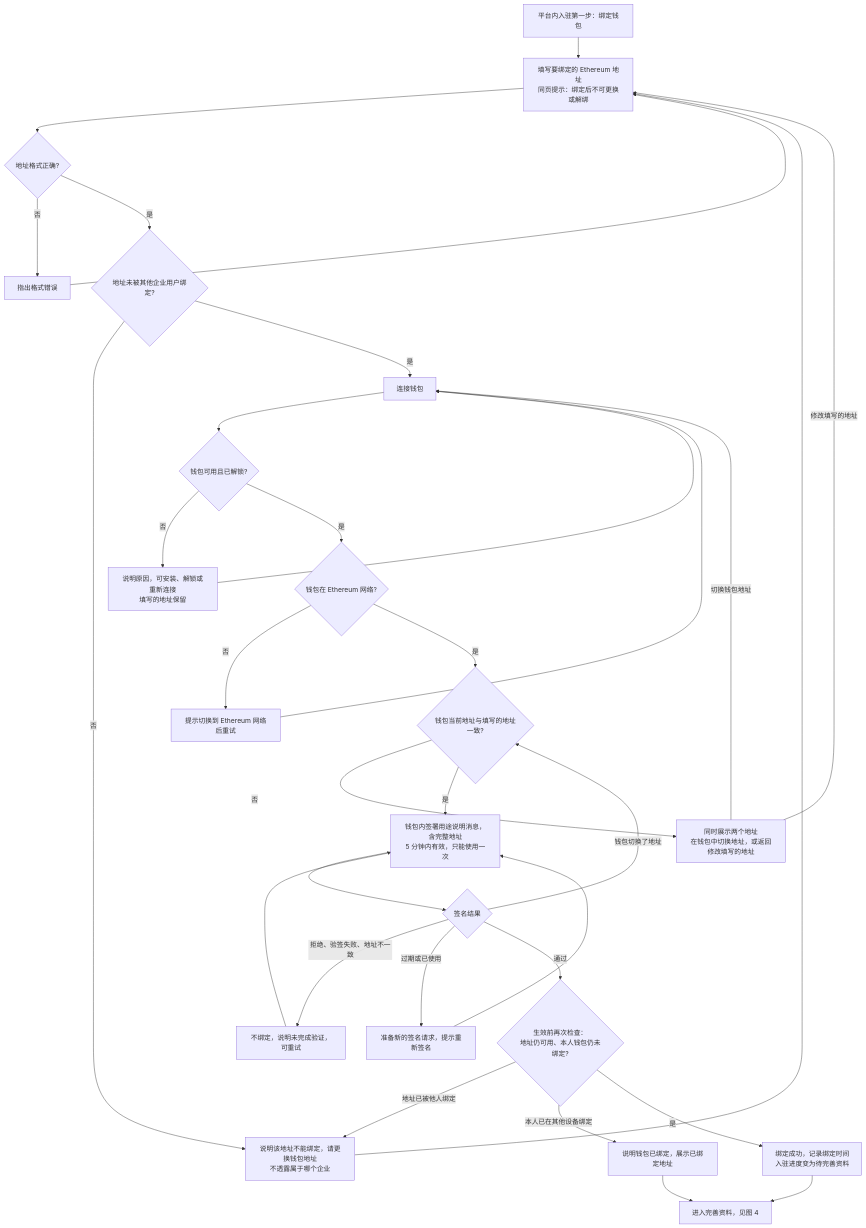
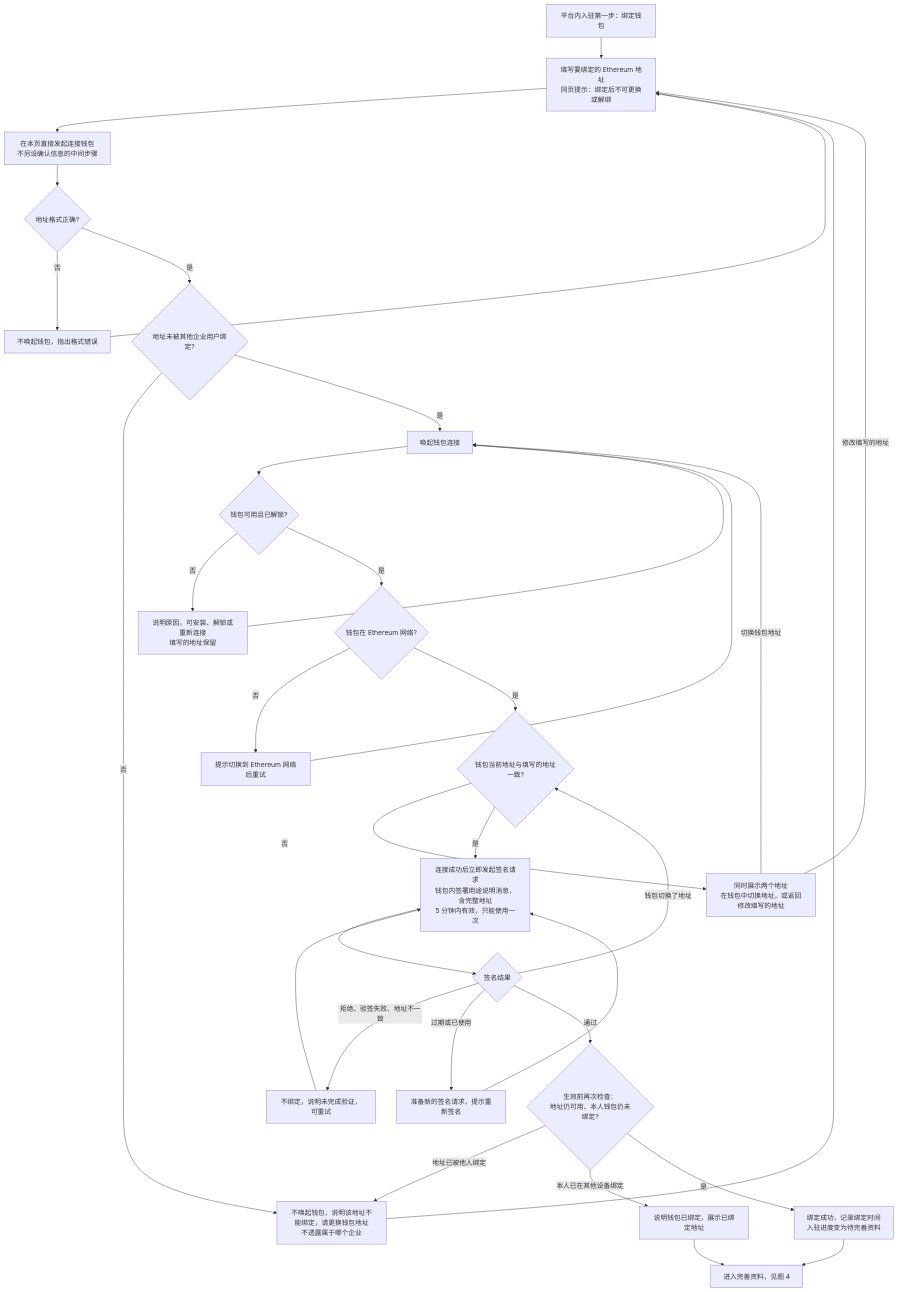
One commit to wxblockchain/Chain-Financing changed the third of 11 diagrams in asset-trust-platform/PRD/企业端/M1-企业登录与首次入驻/02-企业登录与首次入驻-流程图与状态机.md. Above: the diagram before and after it, drawn with Mermaid. The commit also changed other lines of this file and 2 other files, not shown here.

Commit message:
prd(WS-601): regroup M1 account info and connect wallet directly
- Account info is split into account settings (account, wallet, personal
  info, security, preferences) and company info (basic info, org documents);
  the third part the user mentioned is listed as pending (M1-Q04).
- Wallet binding: connect directly from the address page and request the
  signature right after a matching connection; no intermediate confirm step.
- Org documents required status listed as pending (M1-Q05).

````diff
--- a/asset-trust-platform/PRD/企业端/M1-企业登录与首次入驻/02-企业登录与首次入驻-流程图与状态机.md
+++ b/asset-trust-platform/PRD/企业端/M1-企业登录与首次入驻/02-企业登录与首次入驻-流程图与状态机.md
@@ -100,34 +100,35 @@
 ```mermaid
 flowchart TD
     A[平台内入驻第一步：绑定钱包] --> B[填写要绑定的 Ethereum 地址<br/>同页提示：绑定后不可更换或解绑]
-    B --> B1{地址格式正确?}
-    B1 -->|否| B2[指出格式错误]
+    B --> B0[在本页直接发起连接钱包<br/>不另设确认信息的中间步骤]
+    B0 --> B1{地址格式正确?}
+    B1 -->|否| B2[不唤起钱包，指出格式错误]
     B2 --> B
     B1 -->|是| B3{地址未被其他企业用户绑定?}
-    B3 -->|否| B4[说明该地址不能绑定，请更换钱包地址<br/>不透露属于哪个企业]
+    B3 -->|否| B4[不唤起钱包，说明该地址不能绑定，请更换钱包地址<br/>不透露属于哪个企业]
     B4 --> B
-    B3 -->|是| C[连接钱包]
+    B3 -->|是| C[唤起钱包连接]
     C --> C1{钱包可用且已解锁?}
     C1 -->|否| C2[说明原因，可安装、解锁或重新连接<br/>填写的地址保留]
     C2 --> C
     C1 -->|是| C3{钱包在 Ethereum 网络?}
     C3 -->|否| C4[提示切换到 Ethereum 网络后重试]
     C4 --> C
     C3 -->|是| D{钱包当前地址与填写的地址一致?}
     D -->|否| D1[同时展示两个地址<br/>在钱包中切换地址，或返回修改填写的地址]
     D1 -->|切换钱包地址| C
     D1 -->|修改填写的地址| B
-    D -->|是| F[钱包内签署用途说明消息，含完整地址<br/>5 分钟内有效，只能使用一次]
+    D -->|是| F[连接成功后立即发起签名请求<br/>钱包内签署用途说明消息，含完整地址<br/>5 分钟内有效，只能使用一次]
     F --> G{签名结果}
     G -->|拒绝、验签失败、地址不一致| G1[不绑定，说明未完成验证，可重试]
     G1 --> F
     G -->|过期或已使用| G2[准备新的签名请求，提示重新签名]
     G2 --> F
     G -->|钱包切换了地址| D
     G -->|通过| H{生效前再次检查：<br/>地址仍可用、本人钱包仍未绑定?}
     H -->|地址已被他人绑定| B4
     H -->|本人已在其他设备绑定| H1[说明钱包已绑定，展示已绑定地址]
     H -->|是| I[绑定成功，记录绑定时间<br/>入驻进度变为待完善资料]
     I --> J[进入完善资料，见图 4]
     H1 --> J
 ```
````
